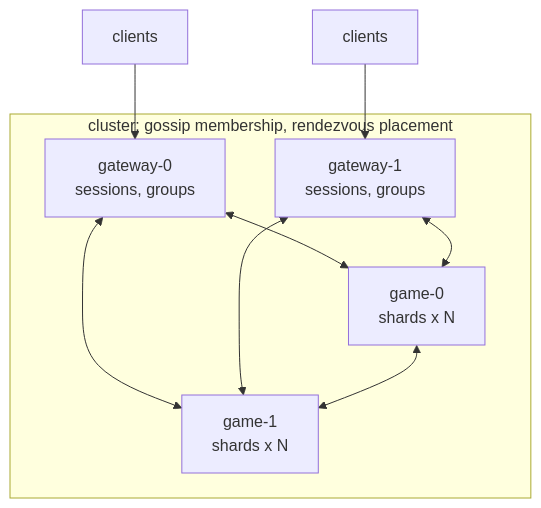
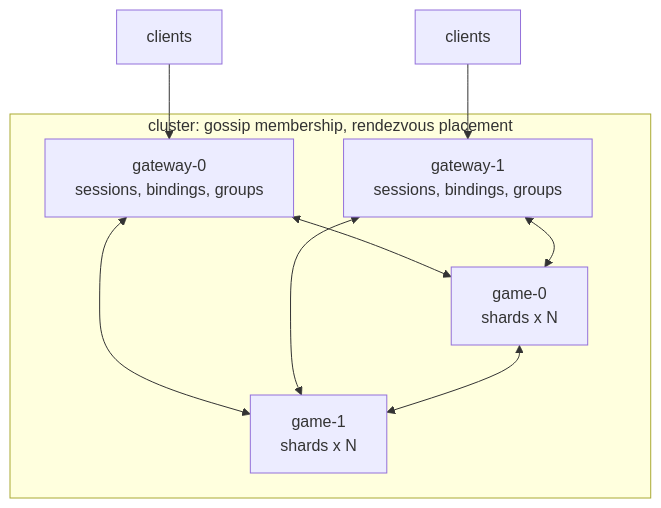
Before and after one commit to JasonXuDeveloper/DaServer: the first of 2 diagrams in README.md, drawn with Mermaid. The commit also changed other lines of this file and 4 other files, not shown here.

Commit message:
docs: design for clusters (vocabulary, latency, reliability, reference architectures), ADR-017..021, README

````diff
--- a/README.md
+++ b/README.md
@@ -22,16 +25,16 @@
 ```mermaid
 flowchart TB
     C1[clients] --> G1
     C2[clients] --> G2
     subgraph cluster [cluster: gossip membership, rendezvous placement]
-        G1[gateway-0<br/>sessions, groups]
-        G2[gateway-1<br/>sessions, groups]
+        G1[gateway-0<br/>sessions, bindings, groups]
+        G2[gateway-1<br/>sessions, bindings, groups]
         N1[game-0<br/>shards x N]
         N2[game-1<br/>shards x N]
         G1 <--> N1
         G1 <--> N2
         G2 <--> N1
         G2 <--> N2
         N1 <--> N2
     end
 ```
````
